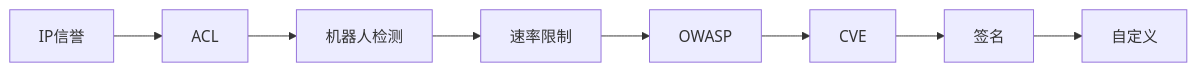
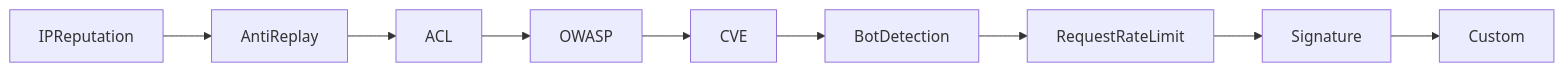
One commit to x01n/My-OpenWaf changed the fifth of 6 diagrams in docs/安全防护功能/ACL 规则引擎.md. Above: the diagram before and after it, drawn with Mermaid. The commit also changed other lines of this file and 354 other files, not shown here.

````diff
--- a/docs/安全防护功能/ACL 规则引擎.md
+++ b/docs/安全防护功能/ACL 规则引擎.md
@@ -314,10 +314,11 @@
 ```mermaid
 flowchart LR
-A["IP信誉"] --> B["ACL"]
-B --> C["机器人检测"]
-C --> D["速率限制"]
-D --> E["OWASP"]
-E --> F["CVE"]
-F --> G["签名"]
-G --> H["自定义"]
+A["IPReputation"] --> B["AntiReplay"]
+B --> C["ACL"]
+C --> D["OWASP"]
+D --> E["CVE"]
+E --> F["BotDetection"]
+F --> G["RequestRateLimit"]
+G --> H["Signature"]
+H --> I["Custom"]
 ```
````
